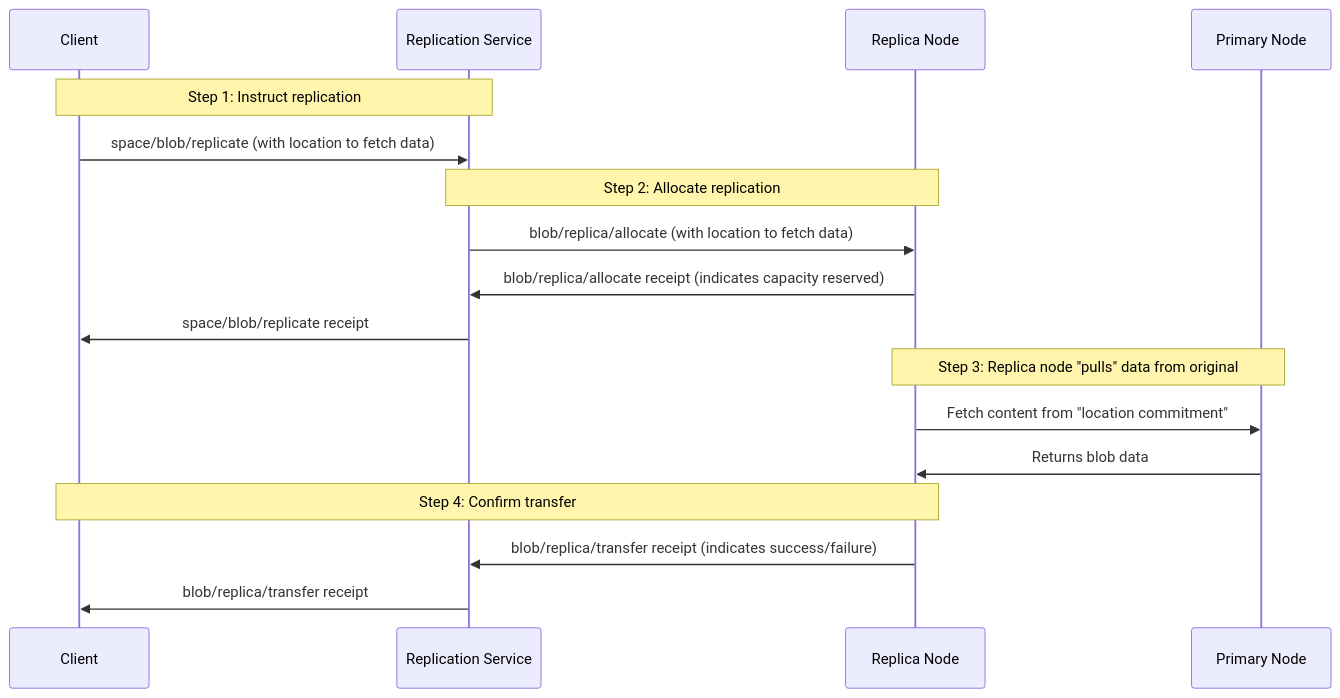
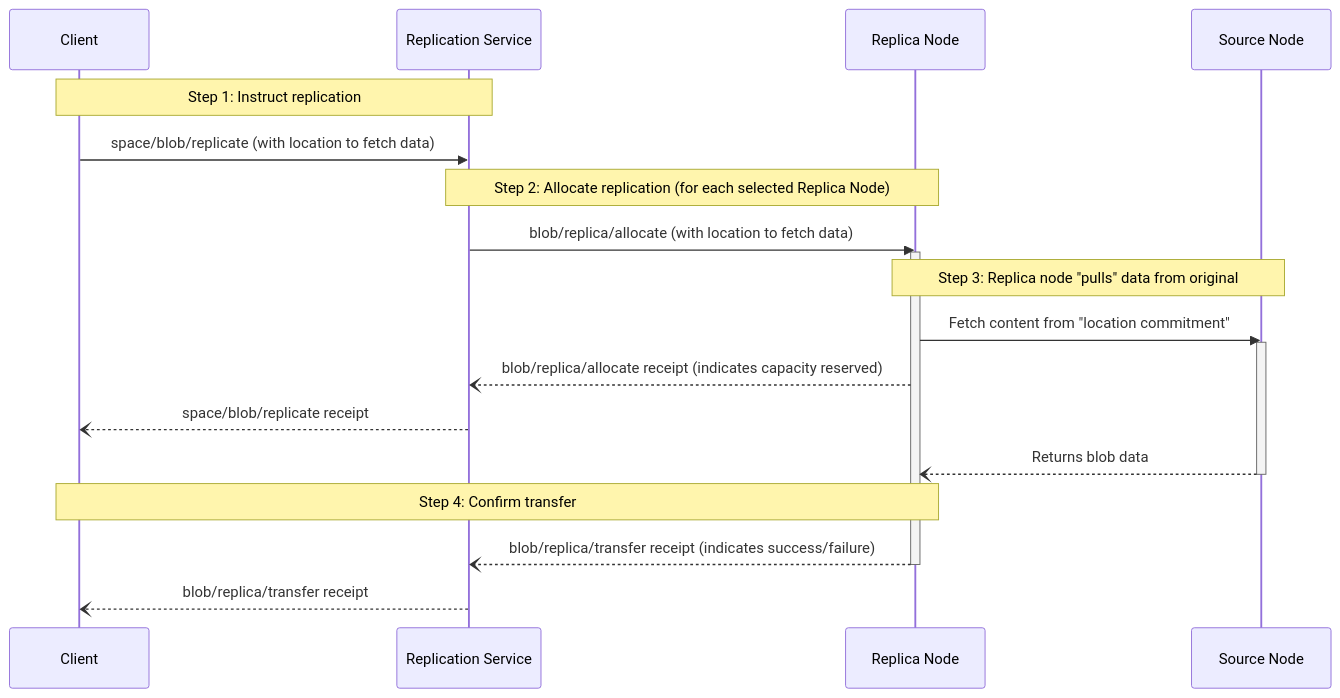
One commit to storacha/specs changed the diagram in w3-replication.md. Above: the diagram before and after it, drawn with Mermaid. The commit also changed other lines of this file, not shown here.

First line of the commit message:
feat: `replicas` includes the original copy (#138)

````diff
--- a/w3-replication.md
+++ b/w3-replication.md
@@ -27,23 +35,27 @@
 ```mermaid
 sequenceDiagram
     participant Client
     participant ReplicationService as Replication Service
     participant ReplicaNode as Replica Node
-    participant PrimaryNode as Primary Node
+    participant SourceNode as Source Node
 
     Note over Client,ReplicationService: Step 1: Instruct replication
     Client->>ReplicationService: space/blob/replicate (with location to fetch data)
 
-    Note over ReplicationService,ReplicaNode: Step 2: Allocate replication
+    Note over ReplicationService,ReplicaNode: Step 2: Allocate replication (for each selected Replica Node)
     ReplicationService->>ReplicaNode: blob/replica/allocate (with location to fetch data)
-    ReplicaNode->>ReplicationService: blob/replica/allocate receipt (indicates capacity reserved)
-    ReplicationService->>Client: space/blob/replicate receipt
+    activate ReplicaNode
+    Note over ReplicaNode,SourceNode: Step 3: Replica node "pulls" data from original
+    ReplicaNode->>SourceNode: Fetch content from "location commitment"
+    activate SourceNode
+    ReplicaNode--)ReplicationService: blob/replica/allocate receipt (indicates capacity reserved)
+    ReplicationService--)Client: space/blob/replicate receipt
 
-    Note over ReplicaNode,PrimaryNode: Step 3: Replica node "pulls" data from original
-    ReplicaNode->>PrimaryNode: Fetch content from "location commitment"
-    PrimaryNode->>ReplicaNode: Returns blob data
+    SourceNode--)ReplicaNode: Returns blob data
+    deactivate SourceNode
 
     Note over Client,ReplicaNode: Step 4: Confirm transfer
-    ReplicaNode->>ReplicationService: blob/replica/transfer receipt (indicates success/failure)
-    ReplicationService->>Client: blob/replica/transfer receipt
+    ReplicaNode--)ReplicationService: blob/replica/transfer receipt (indicates success/failure)
+    deactivate ReplicaNode
+    ReplicationService--)Client: blob/replica/transfer receipt
 ```
````
